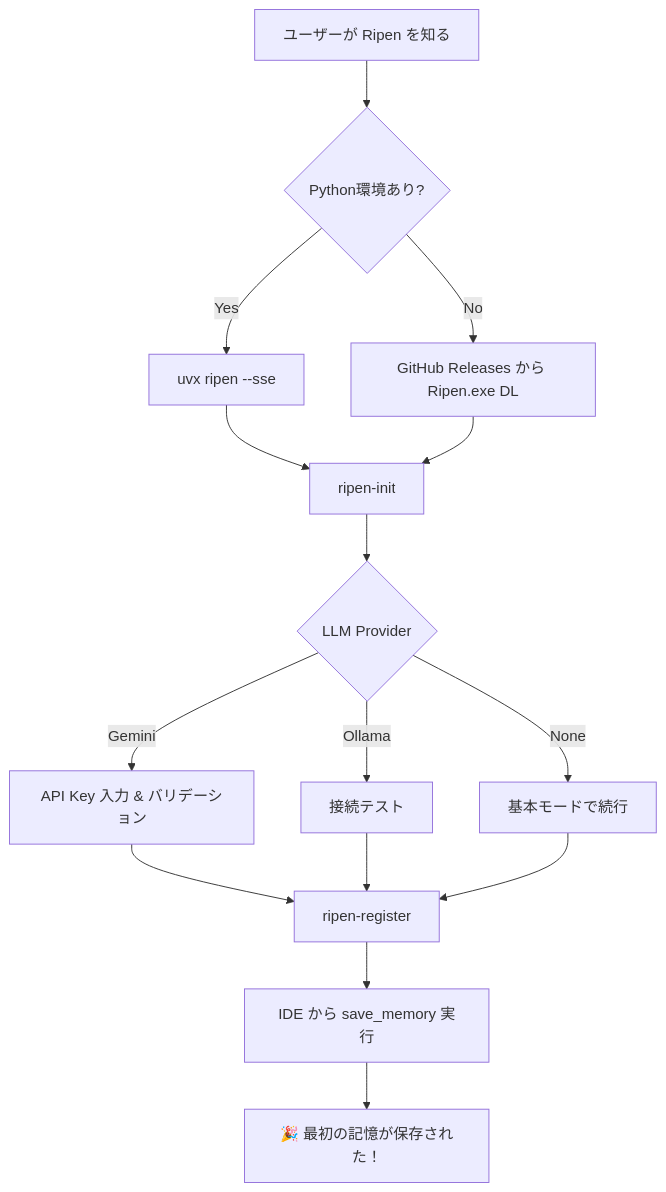
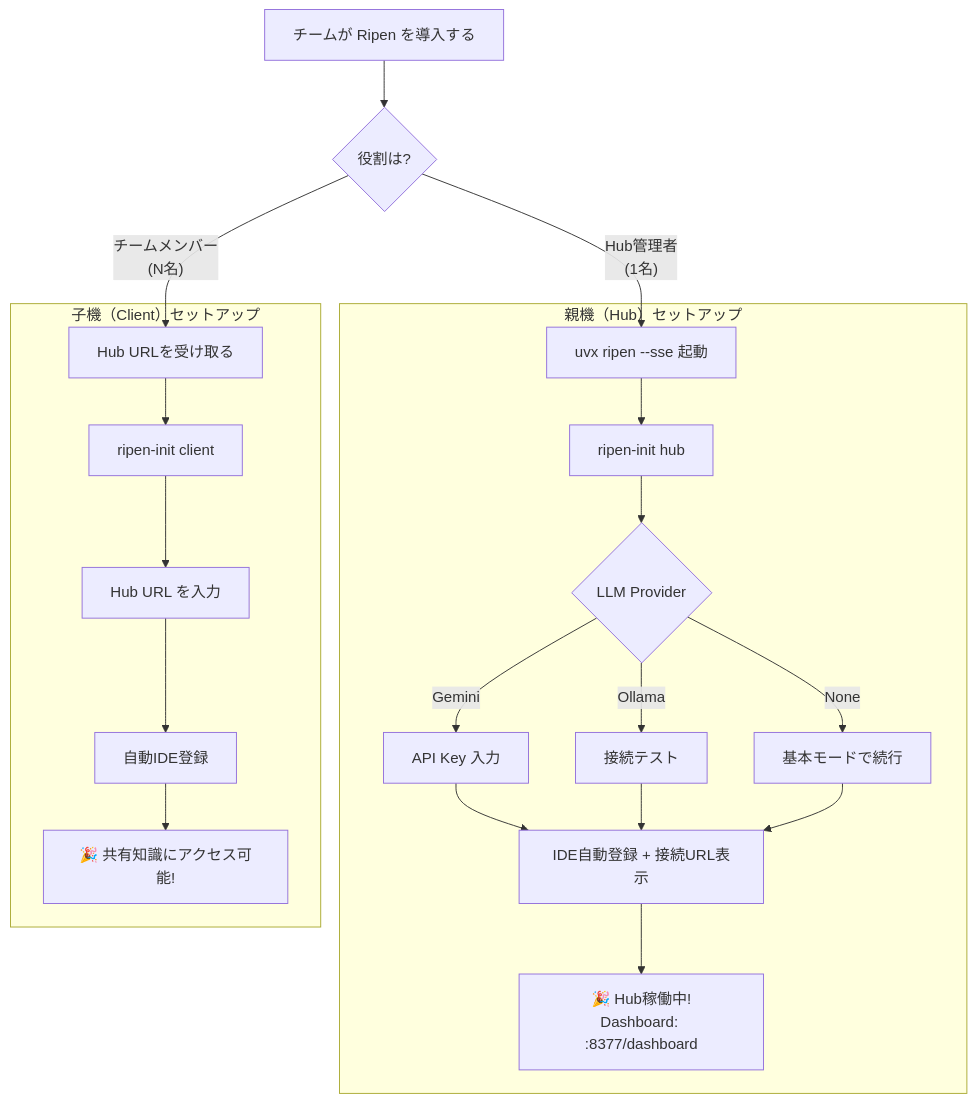
Before and after one commit to ayato-labs/ripen: the diagram in docs/配信計画.md, drawn with Mermaid. The commit also changed other lines of this file and 3 other files, not shown here.

````diff
--- a/docs/配信計画.md
+++ b/docs/配信計画.md
@@ -33,17 +36,26 @@
 ```mermaid
 graph TD
-    A[ユーザーが Ripen を知る] --> B{Python環境あり?}
-    B -->|Yes| C["uvx ripen --sse"]
-    B -->|No| D[GitHub Releases から Ripen.exe DL]
-    C --> E[ripen-init]
-    D --> E
-    E --> F{LLM Provider}
-    F -->|Gemini| G[API Key 入力 & バリデーション]
-    F -->|Ollama| H[接続テスト]
-    F -->|None| I[基本モードで続行]
-    G --> J[ripen-register]
-    H --> J
-    I --> J
-    J --> K[IDE から save_memory 実行]
-    K --> L["🎉 最初の記憶が保存された！"]
+    START[チームが Ripen を導入する] --> ROLE{役割は?}
+
+    ROLE -->|"Hub管理者\n(1名)"| HUB_A
+    ROLE -->|"チームメンバー\n(N名)"| CLIENT_A
+
+    subgraph "親機（Hub）セットアップ"
+        HUB_A["uvx ripen --sse 起動"] --> HUB_B[ripen-init hub]
+        HUB_B --> HUB_C{LLM Provider}
+        HUB_C -->|Gemini| HUB_D[API Key 入力]
+        HUB_C -->|Ollama| HUB_E[接続テスト]
+        HUB_C -->|None| HUB_F[基本モードで続行]
+        HUB_D --> HUB_G[IDE自動登録 + 接続URL表示]
+        HUB_E --> HUB_G
+        HUB_F --> HUB_G
+        HUB_G --> HUB_H["🎉 Hub稼働中!\nDashboard: :8377/dashboard"]
+    end
+
+    subgraph "子機（Client）セットアップ"
+        CLIENT_A[Hub URLを受け取る] --> CLIENT_B[ripen-init client]
+        CLIENT_B --> CLIENT_C[Hub URL を入力]
+        CLIENT_C --> CLIENT_D[自動IDE登録]
+        CLIENT_D --> CLIENT_E["🎉 共有知識にアクセス可能!"]
+    end
 ```
````
